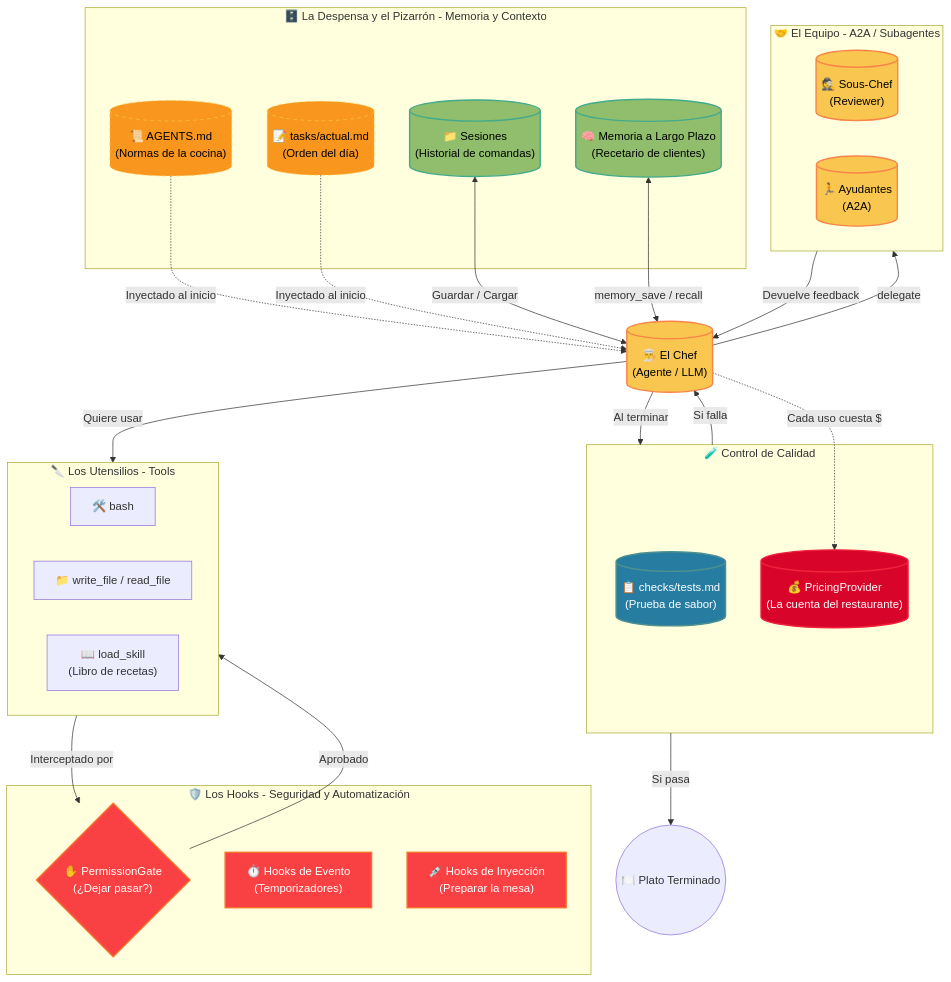
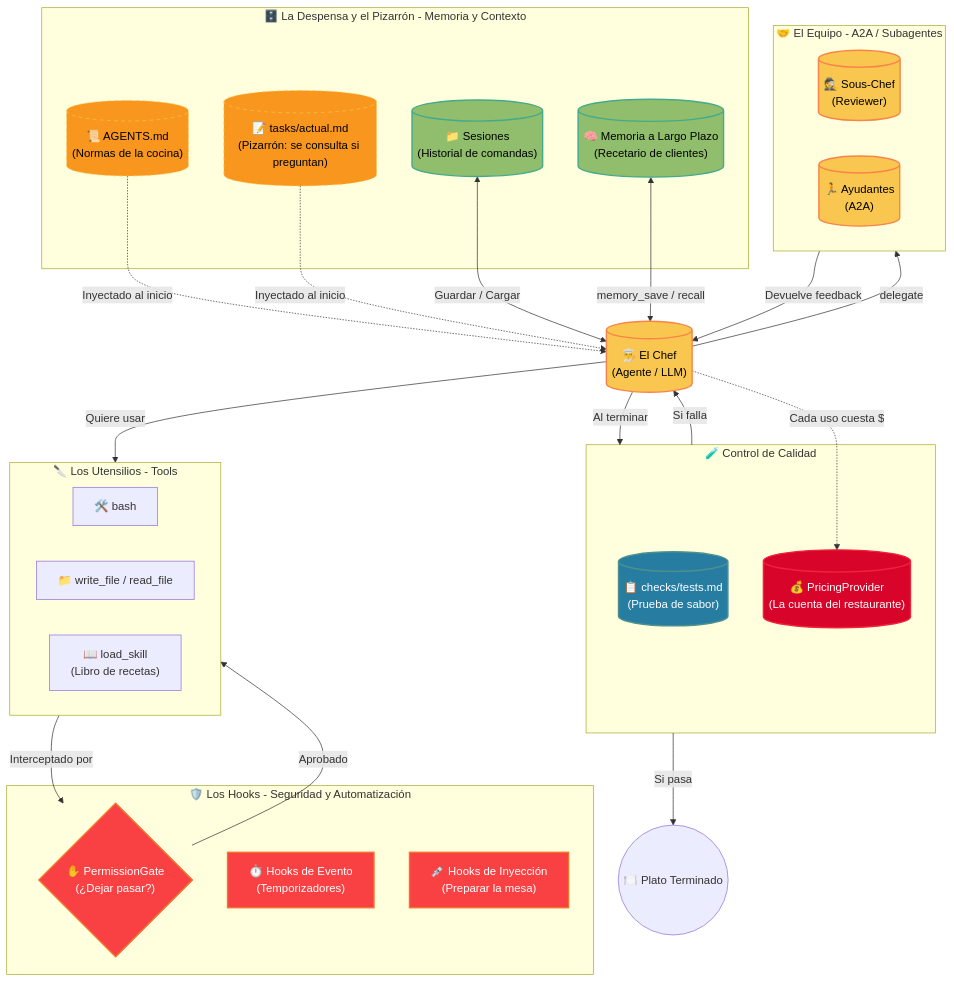
Before and after one commit to enriquehernandez/agent-harness: the diagram in docs/analogia-cocina.md, drawn with Mermaid. The commit also changed other lines of this file and 2 other files, not shown here.

Commit message:
docs: reflejar cobertura 100%, tareas bajo demanda y fix de Ctrl+U

````diff
--- a/docs/analogia-cocina.md
+++ b/docs/analogia-cocina.md
@@ -7,67 +7,67 @@
 ```mermaid
 flowchart TD
     %% Estilos
     classDef agent fill:#f9c74f,stroke:#f9844a,stroke-width:2px,color:#000;
     classDef memory fill:#90be6d,stroke:#43aa8b,stroke-width:2px,color:#000;
     classDef tools fill:#577590,stroke:#4d908e,stroke-width:2px,color:#fff;
     classDef hooks fill:#f94144,stroke:#f3722c,stroke-width:2px,color:#fff;
     classDef checks fill:#277da1,stroke:#4d908e,stroke-width:2px,color:#fff;
     classDef docs fill:#f8961e,stroke:#f9c74f,stroke-width:1px,color:#000,stroke-dasharray: 5 5;
     classDef finance fill:#d90429,stroke:#ef233c,stroke-width:2px,color:#fff;
 
     %% Nodos Principales
     Chef[("👨‍🍳 El Chef\n(Agente / LLM)")]:::agent
 
     %% Despensa y Contexto
     subgraph Despensa [🗄️ La Despensa y el Pizarrón - Memoria y Contexto]
         AGENTS[("📜 AGENTS.md\n(Normas de la cocina)")]:::docs
-        TASKS[("📝 tasks/actual.md\n(Orden del día)")]:::docs
+        TASKS[("📝 tasks/actual.md\n(Pizarrón: se consulta si preguntan)")]:::docs
         MEM[("🧠 Memoria a Largo Plazo\n(Recetario de clientes)")]:::memory
         SESS[("📁 Sesiones\n(Historial de comandas)")]:::memory
     end
 
     %% Herramientas
     subgraph Utensilios [🔪 Los Utensilios - Tools]
         BASH["🛠️ bash"]
         FILES["📁 write_file / read_file"]
         SKILLS["📖 load_skill\n(Libro de recetas)"]
     end
     class Utensilios tools
 
     %% Hooks y Permisos
     subgraph Seguridad [🛡️ Los Hooks - Seguridad y Automatización]
         PERM{"✋ PermissionGate\n(¿Dejar pasar?)"}:::hooks
         TIMER["⏱️ Hooks de Evento\n(Temporizadores)"]:::hooks
         INJ["💉 Hooks de Inyección\n(Preparar la mesa)"]:::hooks
     end
 
     %% Subagentes
     subgraph Equipo [🤝 El Equipo - A2A / Subagentes]
         REVIEWER[("🕵️ Sous-Chef\n(Reviewer)")]:::agent
         A2A[("🏃 Ayudantes\n(A2A)")]:::agent
     end
 
     %% Validación y Costos
     subgraph Calidad [🧪 Control de Calidad]
         TESTS[("📋 checks/tests.md\n(Prueba de sabor)")]:::checks
         COST[("💰 PricingProvider\n(La cuenta del restaurante)")]:::finance
     end
 
     %% Conexiones
     AGENTS -. "Inyectado al inicio" .-> Chef
     TASKS -. "Inyectado al inicio" .-> Chef
     SESS <-->|Guardar / Cargar| Chef
     MEM <-->|memory_save / recall| Chef
     
     Chef -->|Quiere usar| Utensilios
     Utensilios -->|Interceptado por| PERM
     PERM -->|Aprobado| Utensilios
     
     Chef -->|delegate| Equipo
     Equipo -->|Devuelve feedback| Chef
     
     Chef -->|Al terminar| Calidad
     Calidad -->|Si pasa| Entrega((🍽️ Plato Terminado))
     Calidad -->|Si falla| Chef
     Chef -. "Cada uso cuesta $" .-> COST
 ```
````
